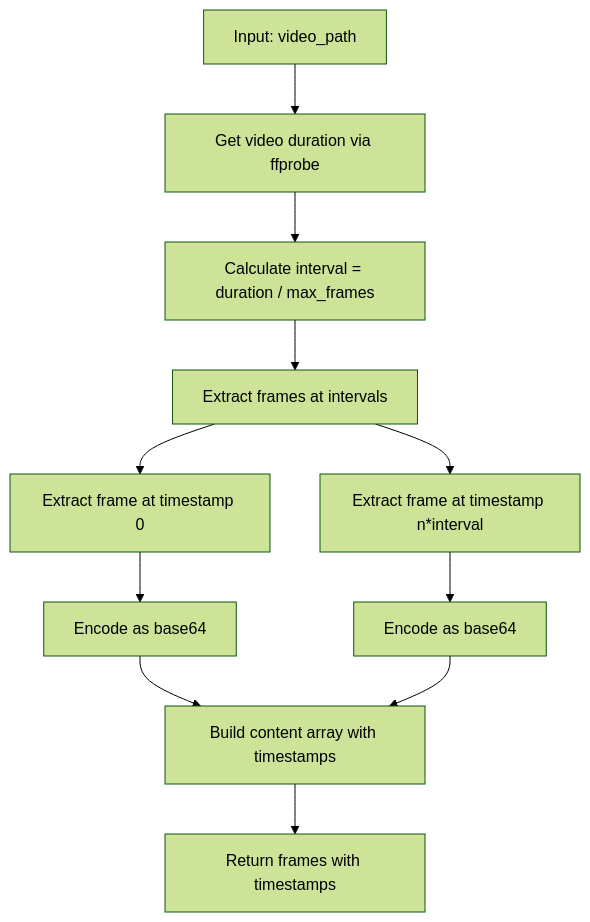
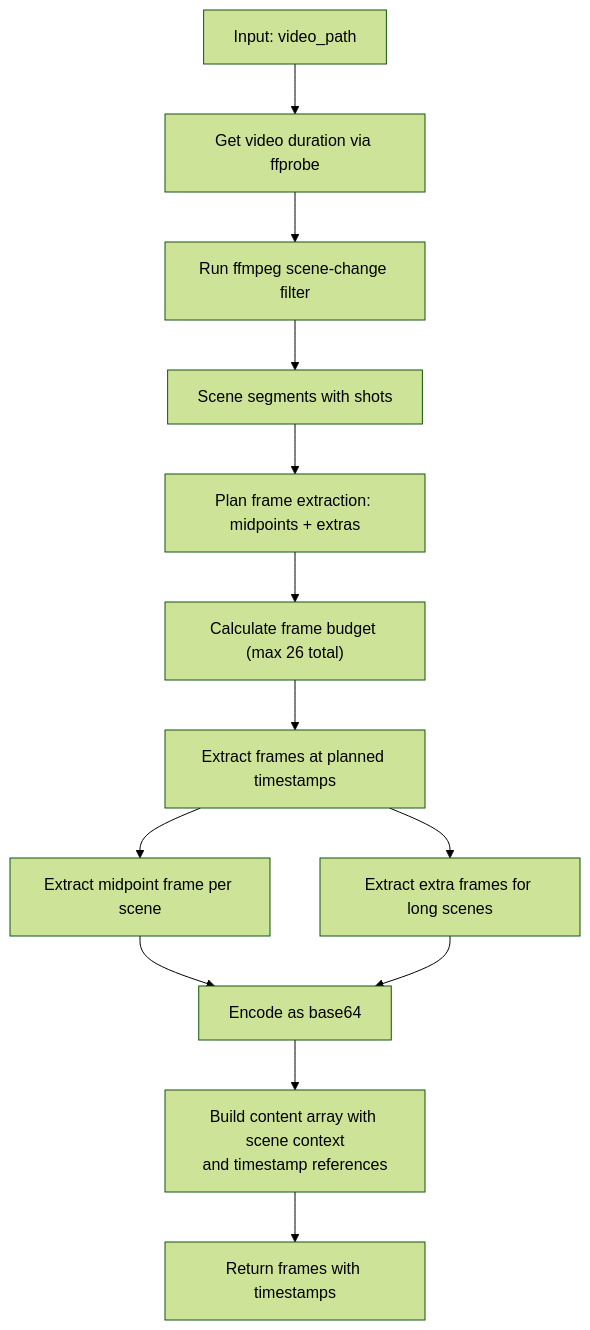
One commit to alexandreybasta-cyber/dubai-media-ai changed the fourth of 8 diagrams in .qoder/repowiki/en/content/Media Processing Pipeline/Visual Analysis Stage.md. Above: the diagram before and after it, drawn with Mermaid (forest theme). The commit also changed other lines of this file and 49 other files, not shown here.

````diff
--- a/.qoder/repowiki/en/content/Media Processing Pipeline/Visual Analysis Stage.md
+++ b/.qoder/repowiki/en/content/Media Processing Pipeline/Visual Analysis Stage.md
@@ -227,13 +261,15 @@
 ```mermaid
 flowchart TD
 VideoPath["Input: video_path"] --> GetDuration["Get video duration via ffprobe"]
-GetDuration --> CalcInterval["Calculate interval = duration / max_frames"]
-CalcInterval --> ExtractLoop["Extract frames at intervals"]
-ExtractLoop --> Frame1["Extract frame at timestamp 0"]
-ExtractLoop --> FrameN["Extract frame at timestamp n*interval"]
-Frame1 --> Encode1["Encode as base64"]
-FrameN --> EncodeN["Encode as base64"]
-Encode1 --> BuildContent["Build content array with timestamps"]
-EncodeN --> BuildContent
+GetDuration --> DetectScenes["Run ffmpeg scene-change filter"]
+DetectScenes --> SceneSegments["Scene segments with shots"]
+SceneSegments --> PlanFrames["Plan frame extraction: midpoints + extras"]
+PlanFrames --> BudgetCalc["Calculate frame budget (max 26 total)"]
+BudgetCalc --> ExtractLoop["Extract frames at planned timestamps"]
+ExtractLoop --> Midpoint["Extract midpoint frame per scene"]
+ExtractLoop --> Extras["Extract extra frames for long scenes"]
+Midpoint --> Encode["Encode as base64"]
+Extras --> Encode
+Encode --> BuildContent["Build content array with scene context<br/>and timestamp references"]
 BuildContent --> Return["Return frames with timestamps"]
 ```
````
